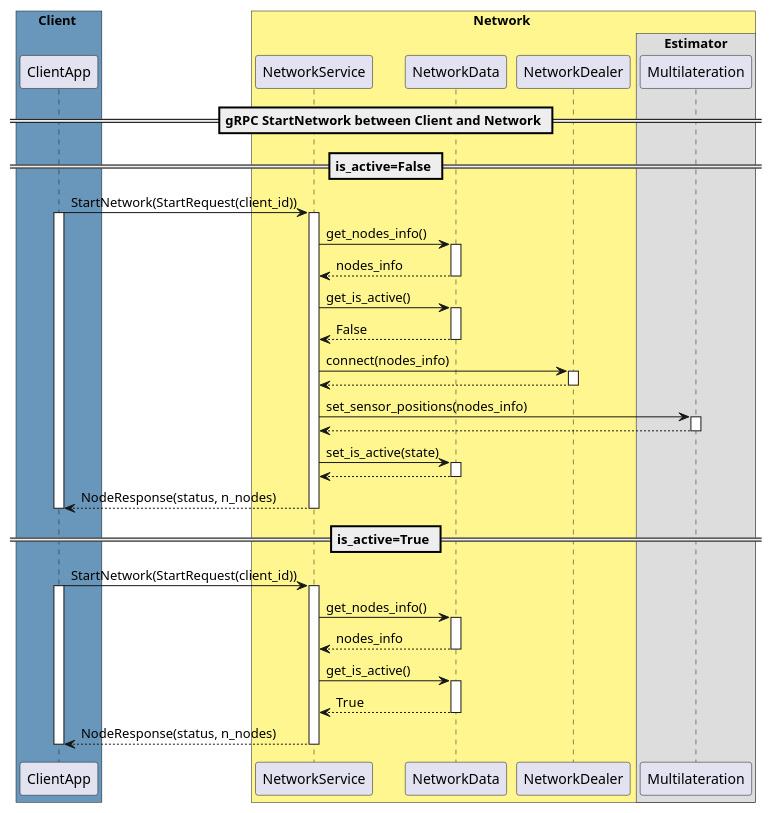
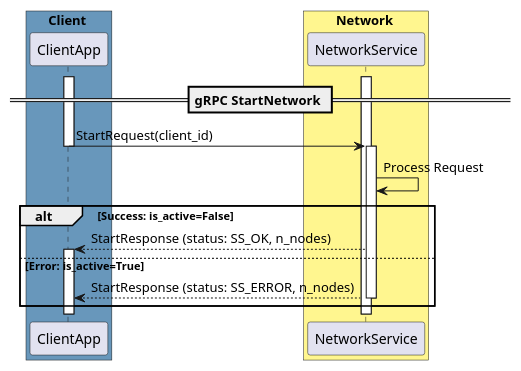
Before and after one commit to matteogianferrari/multilat_sensor_net: the diagram in docs/diagrams/communication/gRPC_StartNetwork.puml, drawn with PlantUML. The commit also changed 5 other files, not shown here.

Commit message:
Revisided UML sequence diagrams for the communication protocols.

```diff
--- a/docs/diagrams/communication/gRPC_StartNetwork.puml
+++ b/docs/diagrams/communication/gRPC_StartNetwork.puml
@@ -1,77 +1,51 @@
 @startuml
+
 skinparam backgroundColor #FFFFFF
 
 ' Defines the participants in the protocol
 box Client #6897BB
 participant "ClientApp" as ClientApp
 end box
 
-!pragma teoz true
 box Network #FFF68F
 participant "NetworkService" as NetworkService
-participant "NetworkData" as NetworkData
-participant "NetworkDealer" as NetworkDealer
-box Estimator
-participant "Multilateration" as Multilateration
 end box
-end box
-== gRPC StartNetwork between Client and Network ==
 
-== is_active=False ==
+== gRPC StartNetwork ==
+
+' NetworkService thread is running waiting for incoming requests
+activate NetworkService
+activate ClientApp
+
 ' ClientApp requests StartNetwork RPC sending a StartRequest message
 ' containing the requesting client ID
-ClientApp -> NetworkService: StartNetwork(StartRequest(client_id))
-activate ClientApp
+ClientApp -> NetworkService: StartRequest(client_id)
+
+' The RPC request blocks the ClientApp thread while waiting for a response
+deactivate ClientApp
 
 ' NetworkService receives the RPC request for StartNetwork
+' NetworkService has a thread pool for handling asynchronously the requests
+' from multiple client, it assigns the request to a worker thread
 activate NetworkService
 
-NetworkService -> NetworkData: get_nodes_info()
-activate NetworkData
-return nodes_info
+' NetworkService StartNetwork procedure is executed
+NetworkService -> NetworkService: Process Request
 
-NetworkService -> NetworkData: get_is_active()
-activate NetworkData
-return False
-
-NetworkService -> NetworkDealer: connect(nodes_info)
-activate NetworkDealer
-return
-
-NetworkService -> Multilateration: set_sensor_positions(nodes_info)
-activate Multilateration
-return
-
-' NetworkService sets the state of the network to active in NetworkData
-NetworkService -> NetworkData: set_is_active(state)
-activate NetworkData
-return
-
-' NetworkService responds to ClientApp sending a StartResponse message
-' containing the operation status and the number of nodes in the network
-return NodeResponse(status, n_nodes)
-deactivate ClientApp
-
-== is_active=True ==
-' ClientApp requests StartNetwork RPC sending a StartRequest message
-' containing the requesting client ID
-ClientApp -> NetworkService: StartNetwork(StartRequest(client_id))
-activate ClientApp
-
-' NetworkService receives the RPC request for StartNetwork
-activate NetworkService
-
-NetworkService -> NetworkData: get_nodes_info()
-activate NetworkData
-return nodes_info
-
-NetworkService -> NetworkData: get_is_active()
-activate NetworkData
-return True
-
-' NetworkService responds to ClientApp sending a StartResponse message
-' containing the operation status and the number of nodes in the network
-return NodeResponse(status, n_nodes)
-deactivate ClientApp
+' The distributed network isn't active so the network is started
+alt Success: is_active=False
+    ' The NetworkService sends a StartResponse message to the ClientApp containing
+    ' a positive status for the requested operation and the number of nodes present
+    ' in the distributed network
+    NetworkService --> ClientApp : StartResponse (status: SS_OK, n_nodes)
+    activate ClientApp
+' The distributed network is active so the network cannot be started again
+else Error: is_active=True
+    ' The NetworkService sends a StartResponse message to the ClientApp containing
+    ' a negative status for the requested operation and the number of nodes present
+    ' in the distributed network
+    NetworkService --> ClientApp : StartResponse (status: SS_ERROR, n_nodes)
+    deactivate NetworkService
+end
 
 @enduml
```
